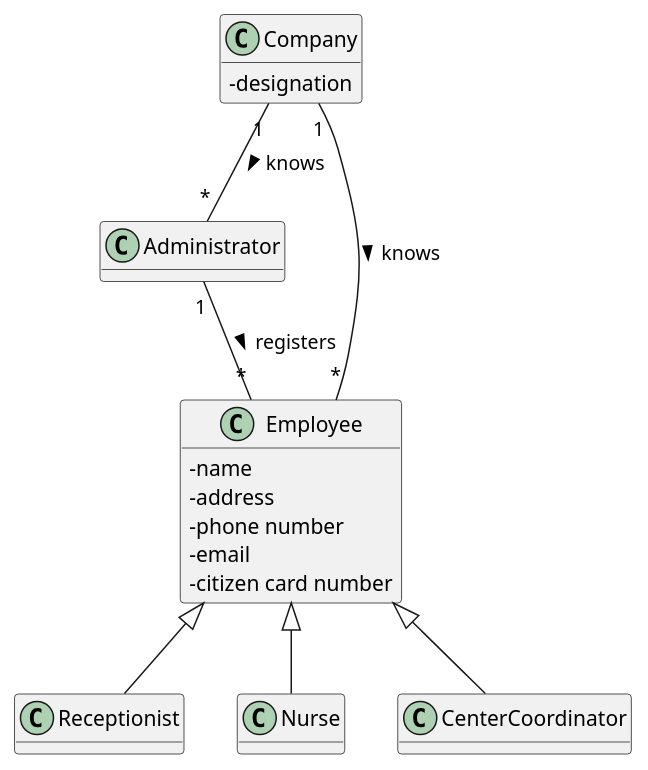
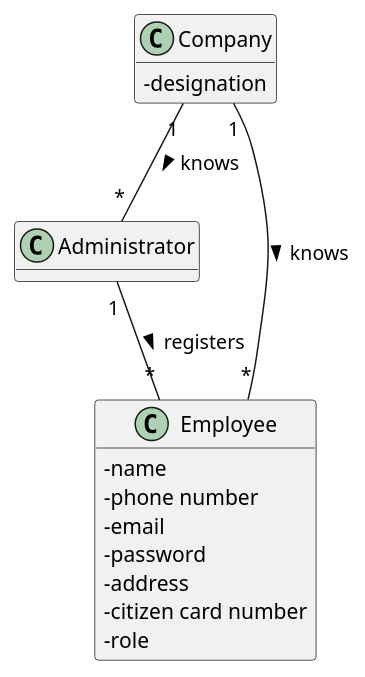
Before and after one commit to miseEnPlace-i/lapr2: the diagram in docs/SprintB/US10/DM/US10_DM.puml, drawn with PlantUML. The commit also changed 1 other file, not shown here.

Commit message:
docs(us-10): updated cd and dm - deleted recep, nurse and coord classes

```diff
--- a/docs/SprintB/US10/DM/US10_DM.puml
+++ b/docs/SprintB/US10/DM/US10_DM.puml
@@ -1,36 +1,26 @@
 @startuml US10_DM
 hide methods
 skinparam classAttributeIconSize 0
 
 class Company {
   -designation
 }
 
 class Administrator {
 }
 
-class Receptionist {  
-}
-
-class Nurse {
-}
-
-class CenterCoordinator {
-}
-
 class Employee {
   -name
-  -address
   -phone number
   -email
+  -password
+  -address
   -citizen card number
+  -role
 }
 
 Company "1" -- "*" Administrator : knows >
 Company "1" -- "*" Employee : knows >
 Administrator "1" -- "*" Employee : registers >
-Employee <|-- Receptionist
-Employee <|-- Nurse
-Employee <|-- CenterCoordinator
 
 @enduml
```
